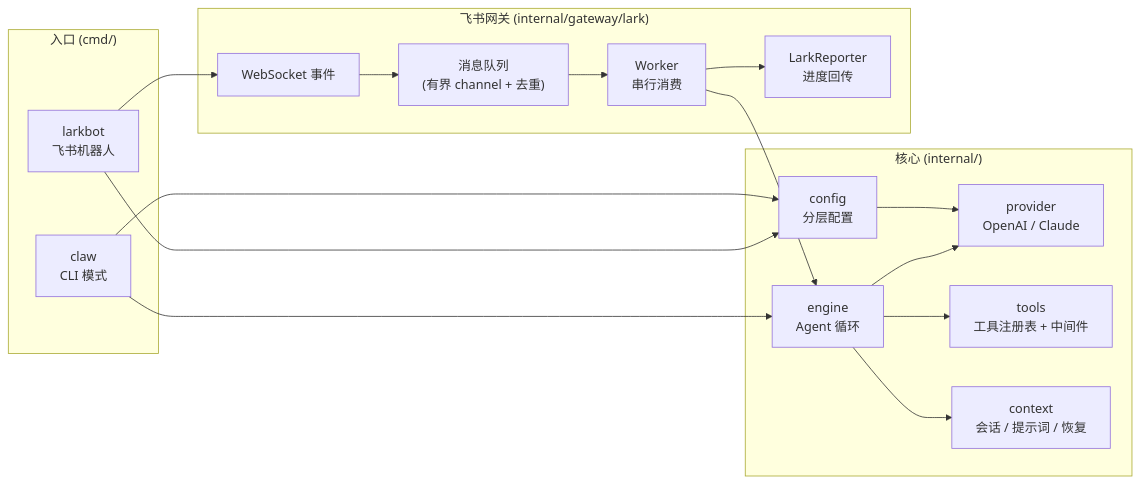
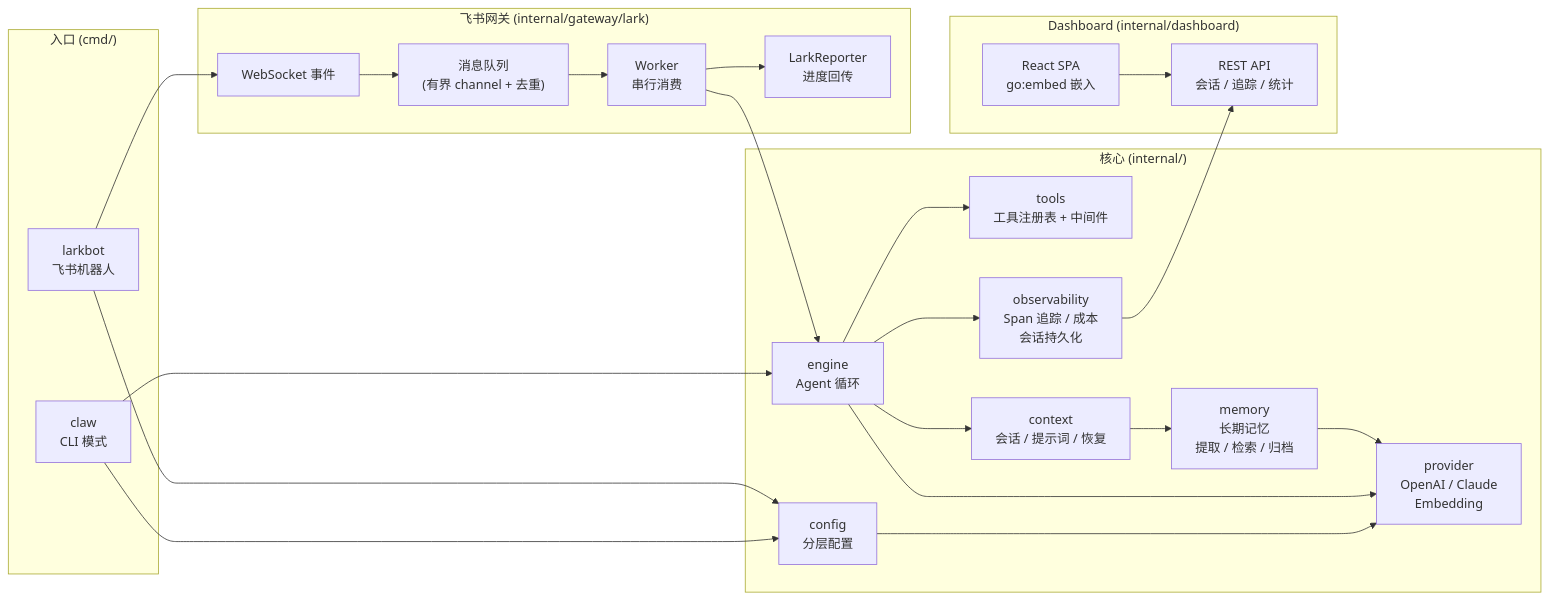
Before and after one commit to aethelgards/tiny-claw: the first of 2 diagrams in README.md, drawn with Mermaid. The commit also changed other lines of this file, not shown here.

First line of the commit message:
docs: 更新 README，新增记忆系统文档、架构图和截图

````diff
--- a/README.md
+++ b/README.md
@@ -150,32 +193,44 @@
 ```mermaid
 flowchart LR
     subgraph Entry["入口 (cmd/)"]
         CLI["claw<br/>CLI 模式"]
         BOT["larkbot<br/>飞书机器人"]
     end
 
     subgraph Core["核心 (internal/)"]
         CFG["config<br/>分层配置"]
-        PRV["provider<br/>OpenAI / Claude"]
+        PRV["provider<br/>OpenAI / Claude<br/>Embedding"]
         ENG["engine<br/>Agent 循环"]
         TOOL["tools<br/>工具注册表 + 中间件"]
         CTX["context<br/>会话 / 提示词 / 恢复"]
+        MEM["memory<br/>长期记忆<br/>提取 / 检索 / 归档"]
+        OBS["observability<br/>Span 追踪 / 成本<br/>会话持久化"]
     end
 
     subgraph Gateway["飞书网关 (internal/gateway/lark)"]
         WS["WebSocket 事件"]
         Q["消息队列<br/>(有界 channel + 去重)"]
         W["Worker<br/>串行消费"]
         R["LarkReporter<br/>进度回传"]
+    end
+
+    subgraph Dashboard["Dashboard (internal/dashboard)"]
+        API["REST API<br/>会话 / 追踪 / 统计"]
+        SPA["React SPA<br/>go:embed 嵌入"]
     end
 
     CLI --> CFG
     BOT --> CFG
     CFG --> PRV
     CLI --> ENG
     BOT --> WS --> Q --> W --> ENG
     ENG --> TOOL
     ENG --> CTX
     ENG --> PRV
+    ENG --> OBS
+    CTX --> MEM
+    MEM --> PRV
+    OBS --> API
+    SPA --> API
     W --> R
 ```
````
